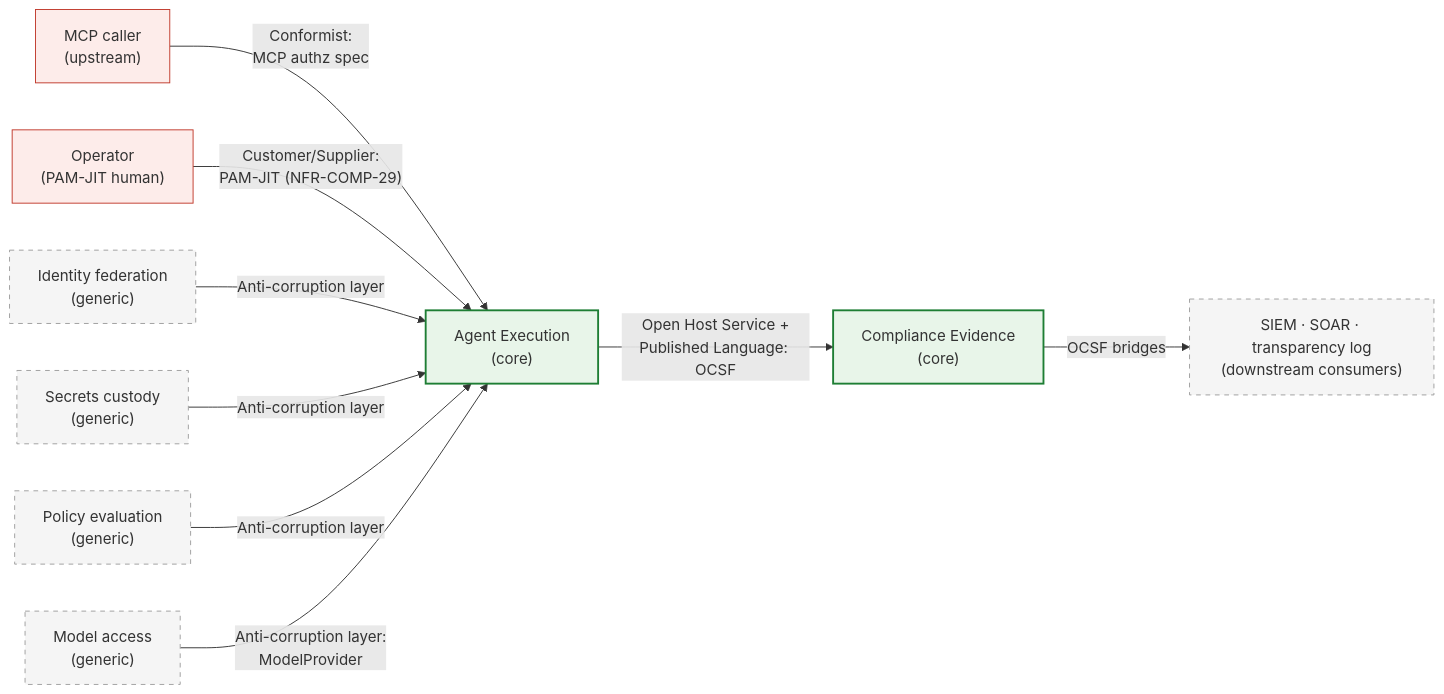
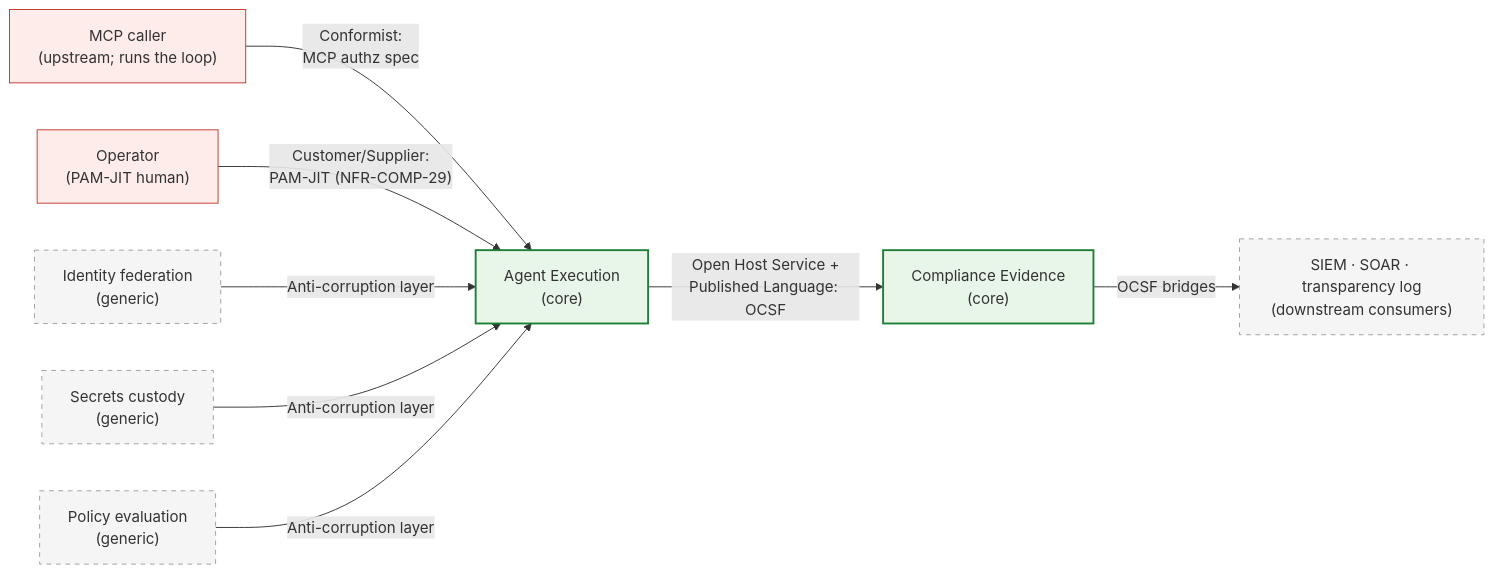
One commit to Wide-Moat/open-computer-use changed the second of 2 diagrams in docs/architecture/04-bounded-contexts.md. Above: the diagram before and after it, drawn with Mermaid. The commit also changed other lines of this file and 6 other files, not shown here.

````diff
--- a/docs/architecture/04-bounded-contexts.md
+++ b/docs/architecture/04-bounded-contexts.md
@@ -80,29 +78,26 @@
 ```mermaid
 flowchart LR
     IDF["Identity federation<br/>(generic)"]
     SEC["Secrets custody<br/>(generic)"]
     POL["Policy evaluation<br/>(generic)"]
-    MOD["Model access<br/>(generic)"]
-    MCP["MCP caller<br/>(upstream)"]
+    MCP["MCP caller<br/>(upstream; runs the loop)"]
     OPER["Operator<br/>(PAM-JIT human)"]
     AEX["Agent Execution<br/>(core)"]
     CEV["Compliance Evidence<br/>(core)"]
     SINK["SIEM · SOAR · transparency log<br/>(downstream consumers)"]
     MCP -->|"Conformist:<br/>MCP authz spec"| AEX
     OPER -->|"Customer/Supplier:<br/>PAM-JIT (NFR-COMP-29)"| AEX
     IDF -->|"Anti-corruption layer"| AEX
     SEC -->|"Anti-corruption layer"| AEX
     POL -->|"Anti-corruption layer"| AEX
-    MOD -->|"Anti-corruption layer:<br/>ModelProvider"| AEX
     AEX -->|"Open Host Service +<br/>Published Language: OCSF"| CEV
     CEV -->|"OCSF bridges"| SINK
     style AEX fill:#e8f5e9,stroke:#1e7e34,stroke-width:2px
     style CEV fill:#e8f5e9,stroke:#1e7e34,stroke-width:2px
-    style MOD fill:#f5f5f5,stroke:#9e9e9e,stroke-dasharray:5 5
     style IDF fill:#f5f5f5,stroke:#9e9e9e,stroke-dasharray:5 5
     style SEC fill:#f5f5f5,stroke:#9e9e9e,stroke-dasharray:5 5
     style POL fill:#f5f5f5,stroke:#9e9e9e,stroke-dasharray:5 5
     style SINK fill:#f5f5f5,stroke:#9e9e9e,stroke-dasharray:5 5
     style MCP fill:#fdecea,stroke:#c0392b
     style OPER fill:#fdecea,stroke:#c0392b
 ```
````
